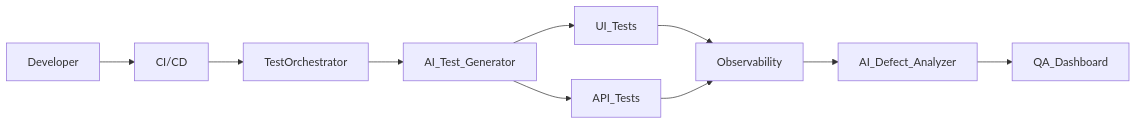
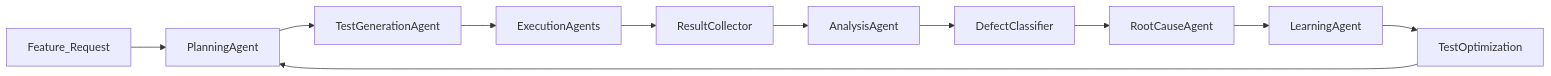
One commit to ashwin-ak/ashwin-ak changed the second of 3 diagrams in readme.md. Above: the diagram before and after it, drawn with Mermaid. The commit also changed other lines of this file, not shown here.

````diff
--- a/readme.md
+++ b/readme.md
@@ -69,15 +129,14 @@
 ``` mermaid
 flowchart LR
 
-Developer --> CI/CD
-CI/CD --> TestOrchestrator
-TestOrchestrator --> AI_Test_Generator
-AI_Test_Generator --> UI_Tests
-AI_Test_Generator --> API_Tests
-
-UI_Tests --> Observability
-API_Tests --> Observability
-
-Observability --> AI_Defect_Analyzer
-AI_Defect_Analyzer --> QA_Dashboard
+Feature_Request --> PlanningAgent
+PlanningAgent --> TestGenerationAgent
+TestGenerationAgent --> ExecutionAgents
+ExecutionAgents --> ResultCollector
+ResultCollector --> AnalysisAgent
+AnalysisAgent --> DefectClassifier
+DefectClassifier --> RootCauseAgent
+RootCauseAgent --> LearningAgent
+LearningAgent --> TestOptimization
+TestOptimization --> PlanningAgent
 ```
````
